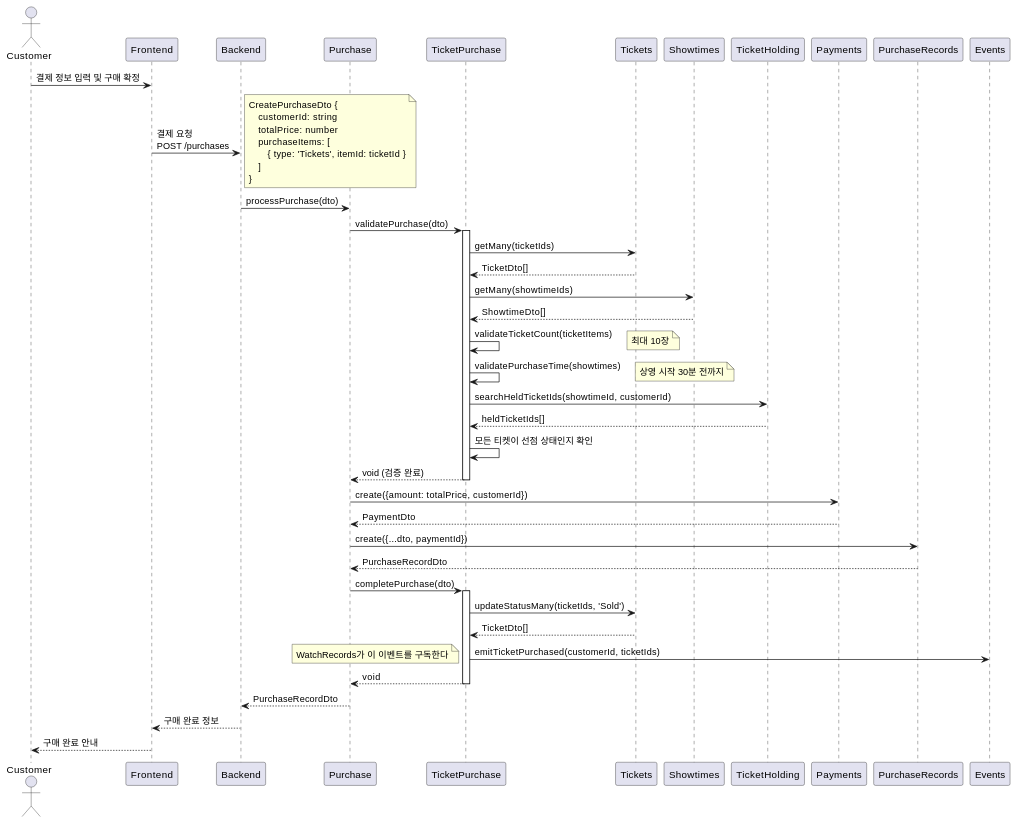
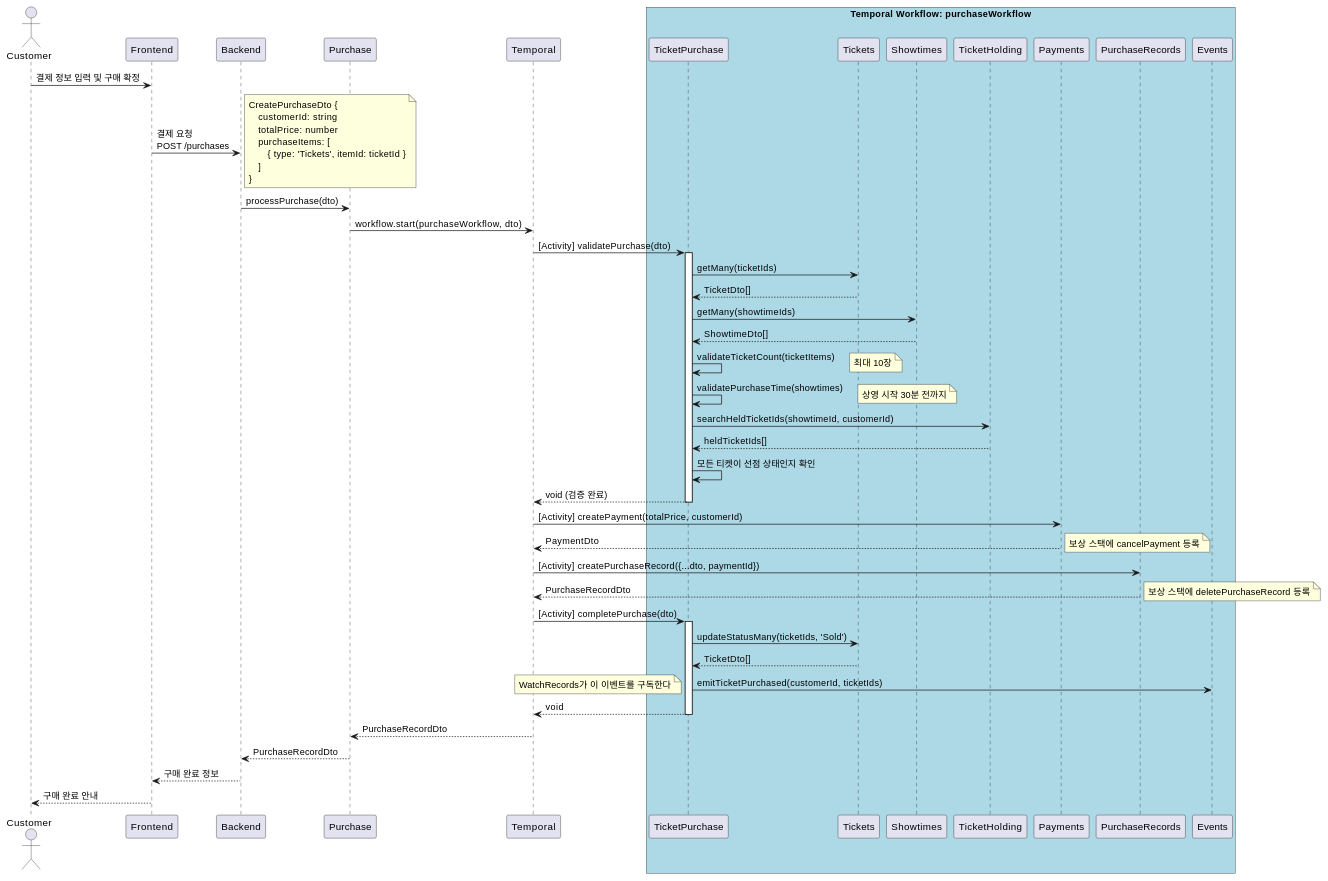
Before and after one commit to mannercode/nest-seed: the fourth of 5 diagrams in docs/designs/tickets-purchase.md, drawn with PlantUML. The commit also changed other lines of this file and 68 other files, not shown here.

````diff
--- a/docs/designs/tickets-purchase.md
+++ b/docs/designs/tickets-purchase.md
@@ -165,53 +167,59 @@
 ```plantuml
 @startuml
 actor Customer
 
 Customer -> Frontend: 결제 정보 입력 및 구매 확정
     Frontend -> Backend: 결제 요청\nPOST /purchases
     note right
     CreatePurchaseDto {
         customerId: string
         totalPrice: number
         purchaseItems: [
             { type: 'Tickets', itemId: ticketId }
         ]
     }
     end note
         Backend -> Purchase: processPurchase(dto)
+            Purchase -> Temporal: workflow.start(purchaseWorkflow, dto)
 
-            Purchase -> TicketPurchase: validatePurchase(dto)
-            activate TicketPurchase
-                TicketPurchase -> Tickets: getMany(ticketIds)
-                TicketPurchase <-- Tickets: TicketDto[]
-                TicketPurchase -> Showtimes: getMany(showtimeIds)
-                TicketPurchase <-- Showtimes: ShowtimeDto[]
-                TicketPurchase -> TicketPurchase: validateTicketCount(ticketItems)
-                note right: 최대 10장
-                TicketPurchase -> TicketPurchase: validatePurchaseTime(showtimes)
-                note right: 상영 시작 30분 전까지
-                TicketPurchase -> TicketHolding: searchHeldTicketIds(showtimeId, customerId)
-                TicketPurchase <-- TicketHolding: heldTicketIds[]
-                TicketPurchase -> TicketPurchase: 모든 티켓이 선점 상태인지 확인
-            Purchase <-- TicketPurchase: void (검증 완료)
-            deactivate TicketPurchase
+            box "Temporal Workflow: purchaseWorkflow" #LightBlue
+                Temporal -> TicketPurchase: [Activity] validatePurchase(dto)
+                activate TicketPurchase
+                    TicketPurchase -> Tickets: getMany(ticketIds)
+                    TicketPurchase <-- Tickets: TicketDto[]
+                    TicketPurchase -> Showtimes: getMany(showtimeIds)
+                    TicketPurchase <-- Showtimes: ShowtimeDto[]
+                    TicketPurchase -> TicketPurchase: validateTicketCount(ticketItems)
+                    note right: 최대 10장
+                    TicketPurchase -> TicketPurchase: validatePurchaseTime(showtimes)
+                    note right: 상영 시작 30분 전까지
+                    TicketPurchase -> TicketHolding: searchHeldTicketIds(showtimeId, customerId)
+                    TicketPurchase <-- TicketHolding: heldTicketIds[]
+                    TicketPurchase -> TicketPurchase: 모든 티켓이 선점 상태인지 확인
+                Temporal <-- TicketPurchase: void (검증 완료)
+                deactivate TicketPurchase
 
-            Purchase -> Payments: create({amount: totalPrice, customerId})
-            Purchase <-- Payments: PaymentDto
+                Temporal -> Payments: [Activity] createPayment(totalPrice, customerId)
+                Temporal <-- Payments: PaymentDto
+                note right: 보상 스택에 cancelPayment 등록
 
-            Purchase -> PurchaseRecords: create({...dto, paymentId})
-            Purchase <-- PurchaseRecords: PurchaseRecordDto
+                Temporal -> PurchaseRecords: [Activity] createPurchaseRecord({...dto, paymentId})
+                Temporal <-- PurchaseRecords: PurchaseRecordDto
+                note right: 보상 스택에 deletePurchaseRecord 등록
 
-            Purchase -> TicketPurchase: completePurchase(dto)
-            activate TicketPurchase
-                TicketPurchase -> Tickets: updateStatusMany(ticketIds, 'Sold')
-                TicketPurchase <-- Tickets: TicketDto[]
-                TicketPurchase -> Events: emitTicketPurchased(customerId, ticketIds)
-                note left: WatchRecords가 이 이벤트를 구독한다
-            Purchase <-- TicketPurchase: void
-            deactivate TicketPurchase
+                Temporal -> TicketPurchase: [Activity] completePurchase(dto)
+                activate TicketPurchase
+                    TicketPurchase -> Tickets: updateStatusMany(ticketIds, 'Sold')
+                    TicketPurchase <-- Tickets: TicketDto[]
+                    TicketPurchase -> Events: emitTicketPurchased(customerId, ticketIds)
+                    note left: WatchRecords가 이 이벤트를 구독한다
+                Temporal <-- TicketPurchase: void
+                deactivate TicketPurchase
+            end box
 
+            Purchase <-- Temporal: PurchaseRecordDto
         Backend <-- Purchase: PurchaseRecordDto
     Frontend <-- Backend: 구매 완료 정보
 Customer <-- Frontend: 구매 완료 안내
 @enduml
 ```
````
